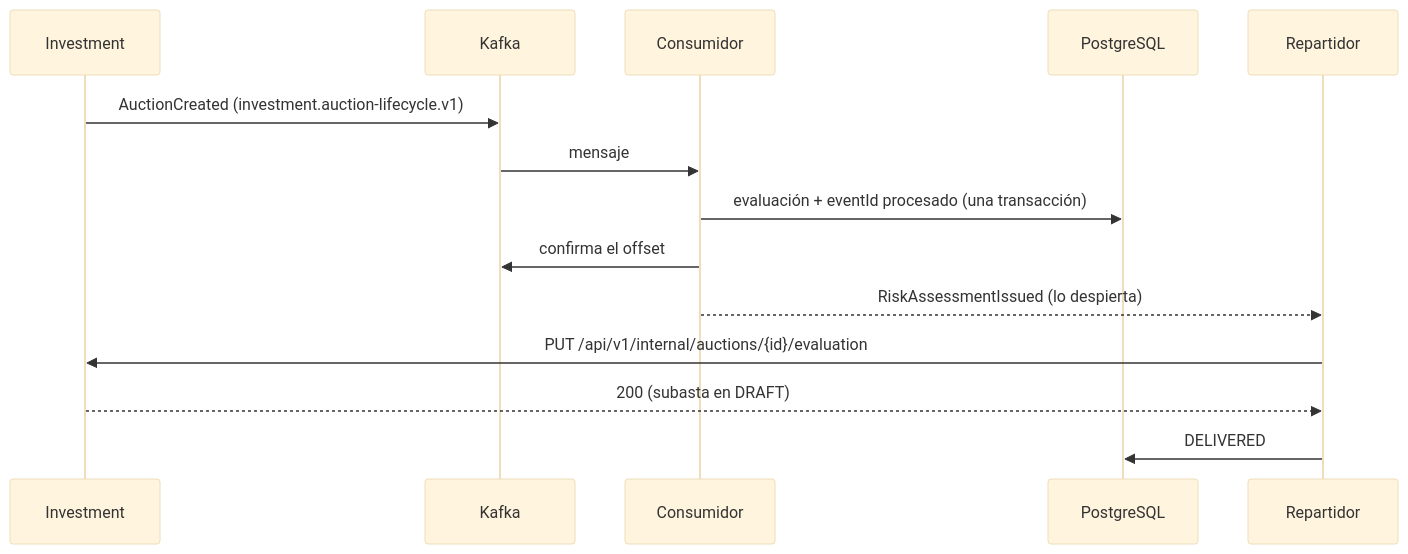
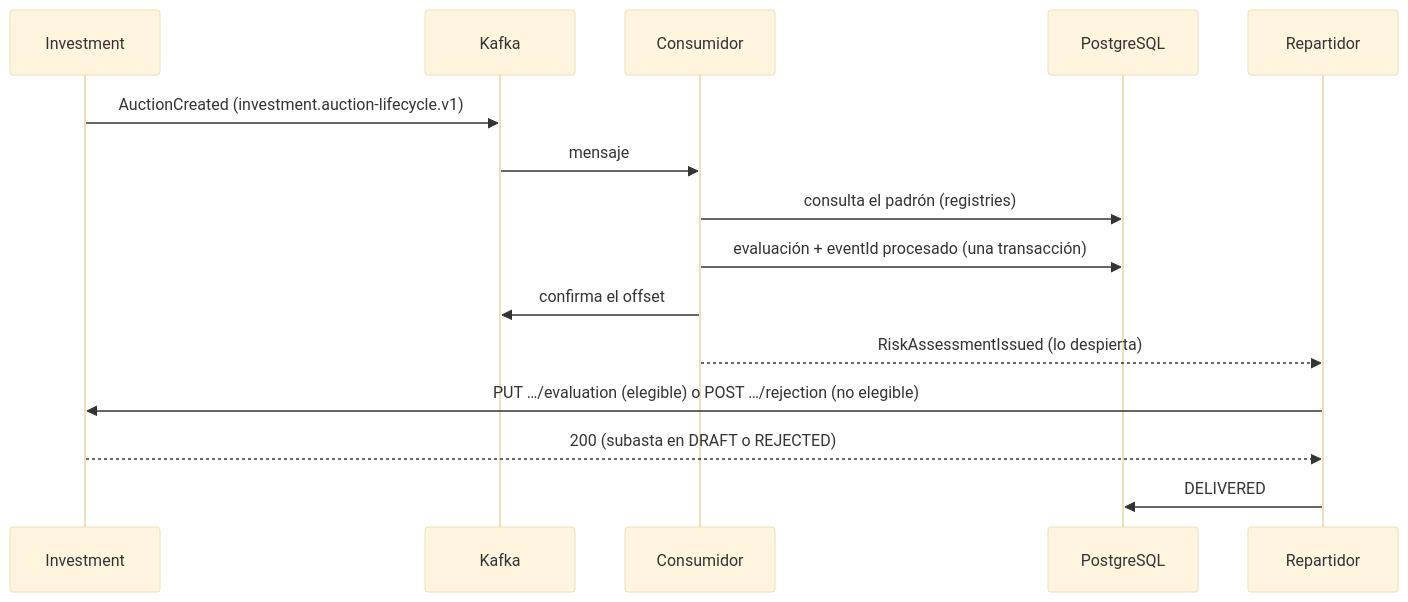
Before and after one commit to liquilabshq/vankoo-risk-service: the diagram in docs/ARCHITECTURE.md, drawn with Mermaid (base theme). The commit also changed other lines of this file and 5 other files, not shown here.

````diff
--- a/docs/ARCHITECTURE.md
+++ b/docs/ARCHITECTURE.md
@@ -22,17 +42,18 @@
 ```mermaid
 sequenceDiagram
     participant INV as Investment
     participant K as Kafka
     participant C as Consumidor
     participant DB as PostgreSQL
     participant W as Repartidor
 
     INV->>K: AuctionCreated (investment.auction-lifecycle.v1)
     K->>C: mensaje
+    C->>DB: consulta el padrón (registries)
     C->>DB: evaluación + eventId procesado (una transacción)
     C->>K: confirma el offset
     C-->>W: RiskAssessmentIssued (lo despierta)
-    W->>INV: PUT /api/v1/internal/auctions/{id}/evaluation
-    INV-->>W: 200 (subasta en DRAFT)
+    W->>INV: PUT …/evaluation (elegible) o POST …/rejection (no elegible)
+    INV-->>W: 200 (subasta en DRAFT o REJECTED)
     W->>DB: DELIVERED
 ```
````
